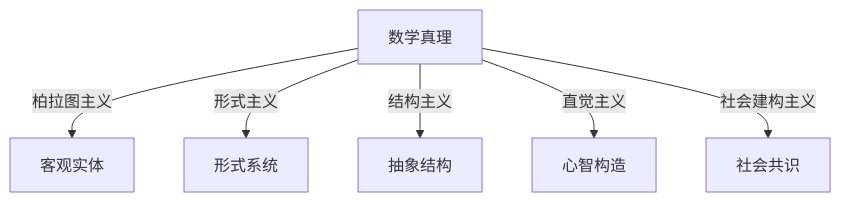
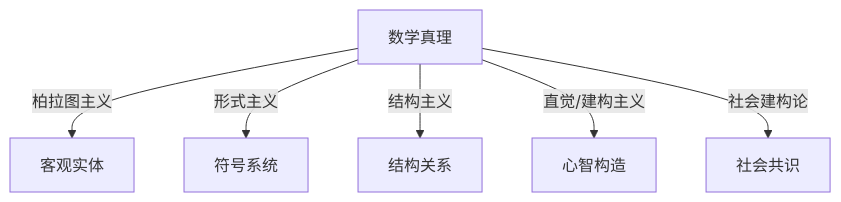
Before and after one commit to AdaMartin18010/Mathematics: the diagram in Math/Refactor/01-数学哲学-元数学与形式化/02-数学哲学.md, drawn with Mermaid. The commit also changed other lines of this file and 26 other files, not shown here.

````diff
--- a/Math/Refactor/01-数学哲学-元数学与形式化/02-数学哲学.md
+++ b/Math/Refactor/01-数学哲学-元数学与形式化/02-数学哲学.md
@@ -158,8 +173,8 @@
 ```mermaid
 graph TD;
   A[数学真理] -->|柏拉图主义| B[客观实体]
-  A -->|形式主义| C[形式系统]
-  A -->|结构主义| D[抽象结构]
-  A -->|直觉主义| E[心智构造]
-  A -->|社会建构主义| F[社会共识]
+  A -->|形式主义| C[符号系统]
+  A -->|结构主义| D[结构关系]
+  A -->|直觉/建构主义| E[心智构造]
+  A -->|社会建构论| F[社会共识]
 ```
````
